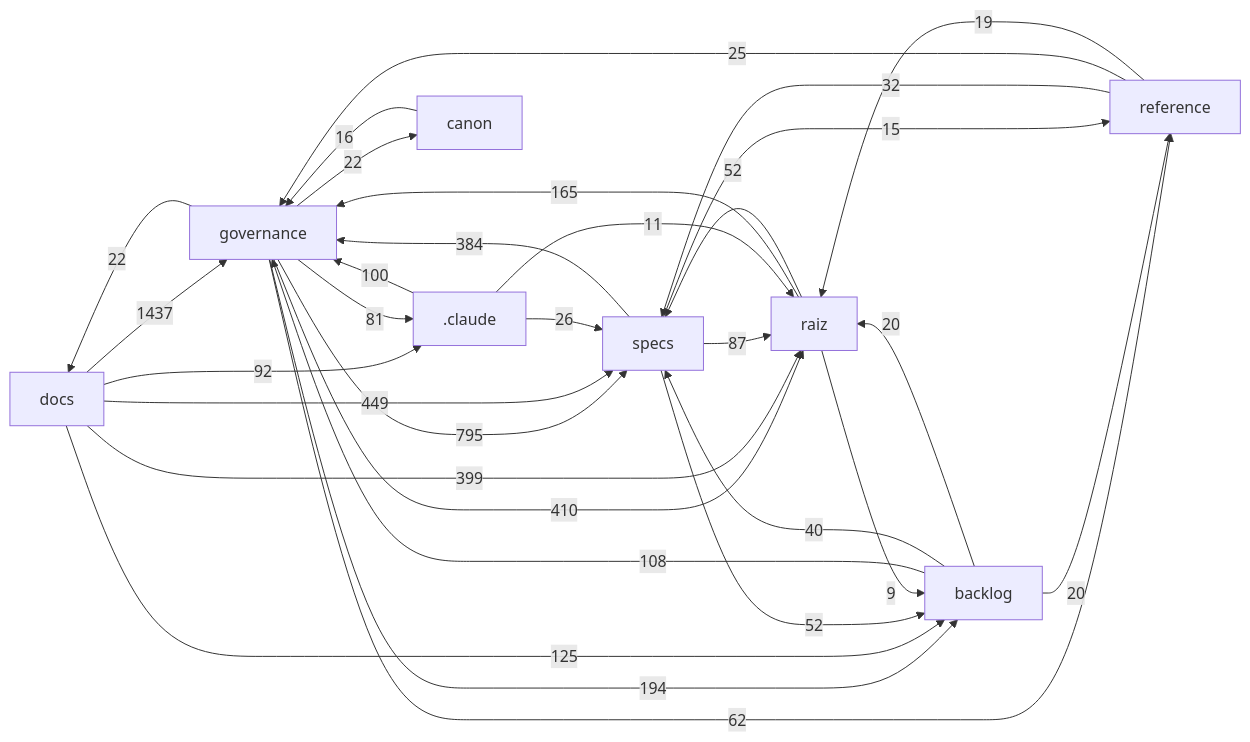
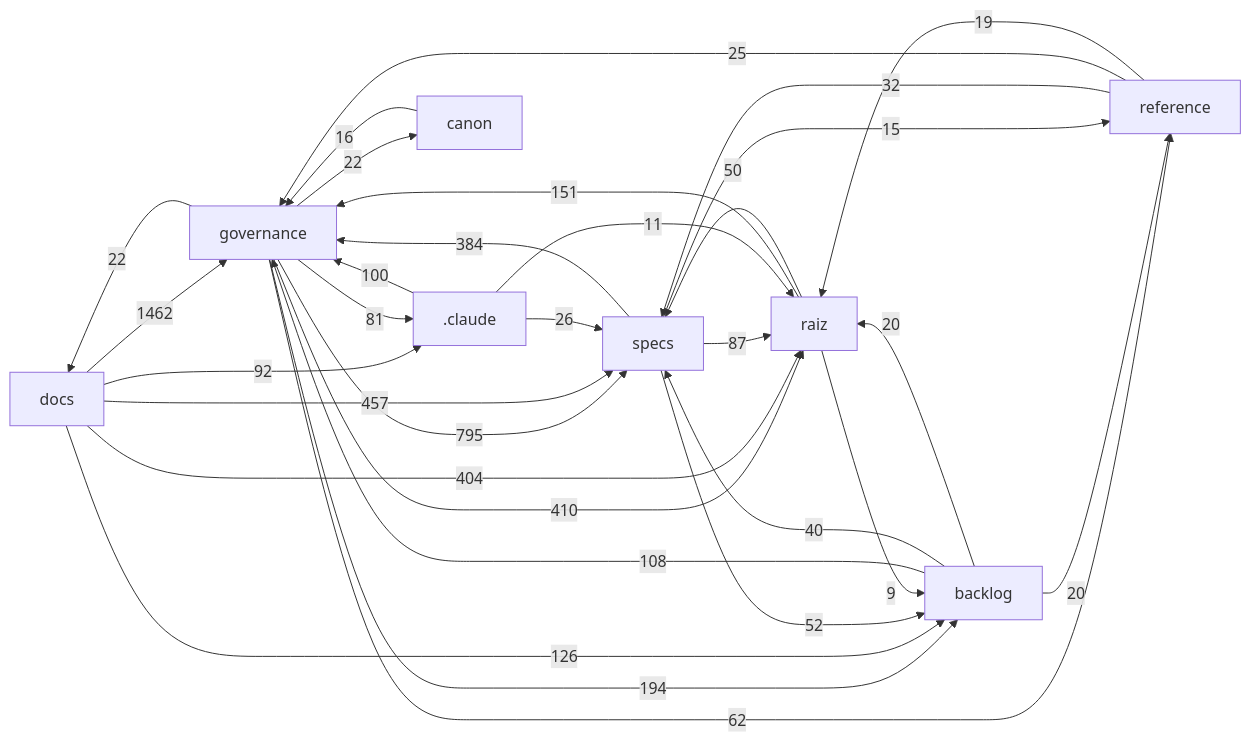
One commit to Andraus35/Sistema-Operacional-de-Trading--SOT changed the diagram in docs/mapa/MAPA-PROJETO.md. Above: the diagram before and after it, drawn with Mermaid. The commit also changed other lines of this file and 3 other files, not shown here.

````diff
--- a/docs/mapa/MAPA-PROJETO.md
+++ b/docs/mapa/MAPA-PROJETO.md
@@ -29,33 +29,33 @@
 ```mermaid
 flowchart LR
-  docs["docs"] -->|1437| governance["governance"]
+  docs["docs"] -->|1462| governance["governance"]
   governance["governance"] -->|795| specs["specs"]
-  docs["docs"] -->|449| specs["specs"]
+  docs["docs"] -->|457| specs["specs"]
   governance["governance"] -->|410| raiz["raiz"]
-  docs["docs"] -->|399| raiz["raiz"]
+  docs["docs"] -->|404| raiz["raiz"]
   specs["specs"] -->|384| governance["governance"]
   governance["governance"] -->|194| backlog["backlog"]
-  raiz["raiz"] -->|165| governance["governance"]
-  docs["docs"] -->|125| backlog["backlog"]
+  raiz["raiz"] -->|151| governance["governance"]
+  docs["docs"] -->|126| backlog["backlog"]
   backlog["backlog"] -->|108| governance["governance"]
   _claude[".claude"] -->|100| governance["governance"]
   docs["docs"] -->|92| _claude[".claude"]
   specs["specs"] -->|87| raiz["raiz"]
   governance["governance"] -->|81| _claude[".claude"]
   governance["governance"] -->|62| reference["reference"]
-  raiz["raiz"] -->|52| specs["specs"]
   specs["specs"] -->|52| backlog["backlog"]
+  raiz["raiz"] -->|50| specs["specs"]
   backlog["backlog"] -->|40| specs["specs"]
   reference["reference"] -->|32| specs["specs"]
   _claude[".claude"] -->|26| specs["specs"]
   reference["reference"] -->|25| governance["governance"]
   governance["governance"] -->|22| docs["docs"]
   governance["governance"] -->|22| canon["canon"]
   backlog["backlog"] -->|20| raiz["raiz"]
   backlog["backlog"] -->|20| reference["reference"]
   reference["reference"] -->|19| raiz["raiz"]
   canon["canon"] -->|16| governance["governance"]
   specs["specs"] -->|15| reference["reference"]
   _claude[".claude"] -->|11| raiz["raiz"]
   raiz["raiz"] -->|9| backlog["backlog"]
 ```
````
